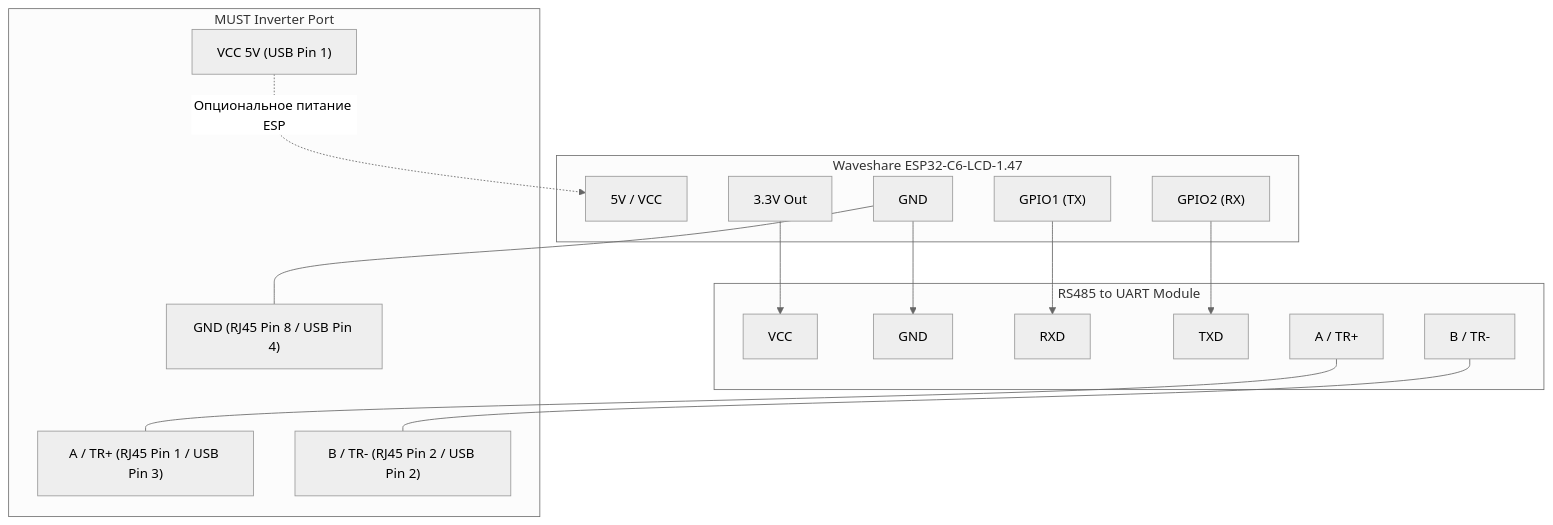
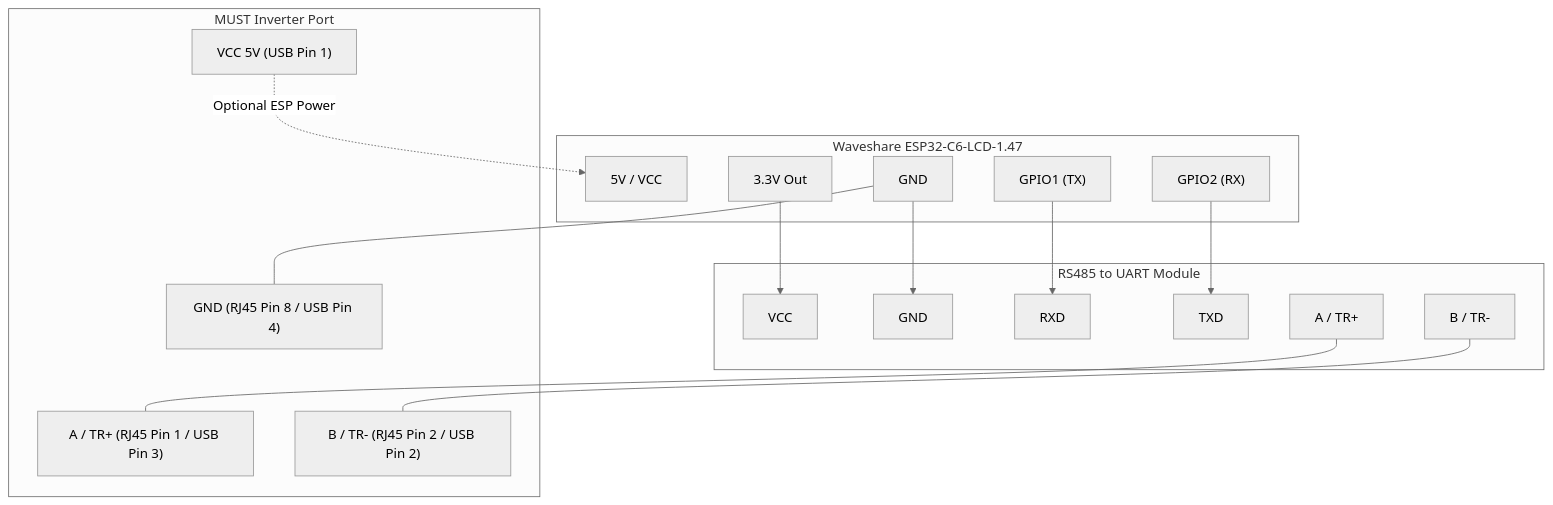
One commit to set-st/esphome-must-inverter changed the diagram in README-must-ph19.md. Above: the diagram before and after it, drawn with Mermaid (neutral theme). The commit also changed other lines of this file and 1 other file, not shown here.

````diff
--- a/README-must-ph19.md
+++ b/README-must-ph19.md
@@ -51,40 +53,40 @@
 ```mermaid
 graph TD
     subgraph "Waveshare ESP32-C6-LCD-1.47"
         ESP_5V["5V / VCC"]
         ESP_3V3["3.3V Out"]
         GND1["GND"]
         G1["GPIO1 (TX)"]
         G2["GPIO2 (RX)"]
     end
 
     subgraph "RS485 to UART Module"
         RS_VCC["VCC"]
         RS_GND["GND"]
         RS_RXD["RXD"]
         RS_TXD["TXD"]
         RS_A["A / TR+"]
         RS_B["B / TR-"]
     end
 
     subgraph "MUST Inverter Port"
         INV_VCC["VCC 5V (USB Pin 1)"]
         INV_A["A / TR+ (RJ45 Pin 1 / USB Pin 3)"]
         INV_B["B / TR- (RJ45 Pin 2 / USB Pin 2)"]
         INV_GND["GND (RJ45 Pin 8 / USB Pin 4)"]
     end
 
     %% Power from Inverter to ESP32 (if using USB WiFi port)
-    INV_VCC -.->|Опциональное питание ESP| ESP_5V
+    INV_VCC -.->|Optional ESP Power| ESP_5V
 
     %% RS485 Power & Data (from ESP32 to Converter)
     ESP_3V3 --> RS_VCC
     GND1 --> RS_GND
     G1 --> RS_RXD
     G2 --> RS_TXD
 
     %% Modbus to Inverter
     RS_A --- INV_A
     RS_B --- INV_B
     GND1 --- INV_GND
 ```
````
